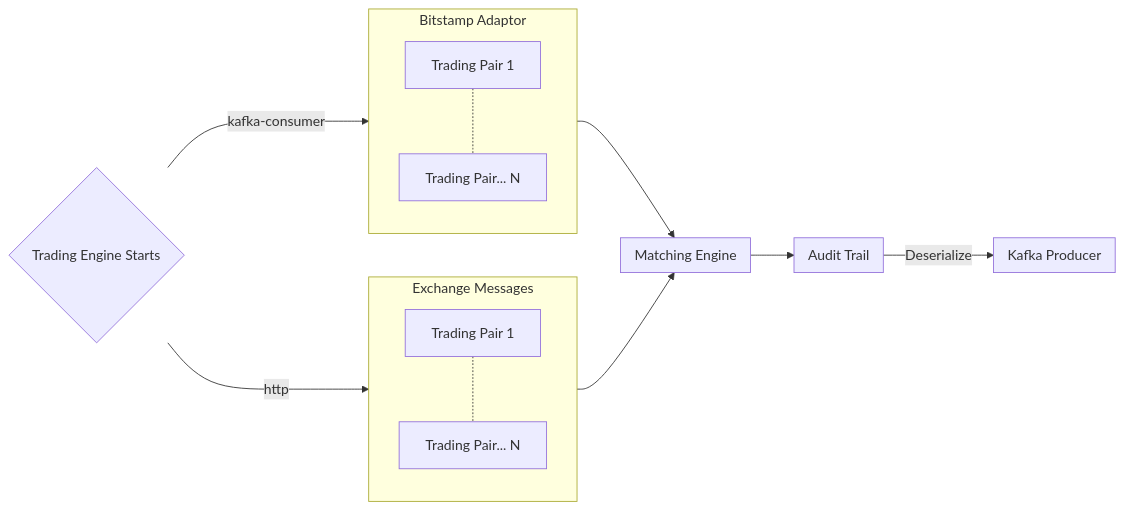
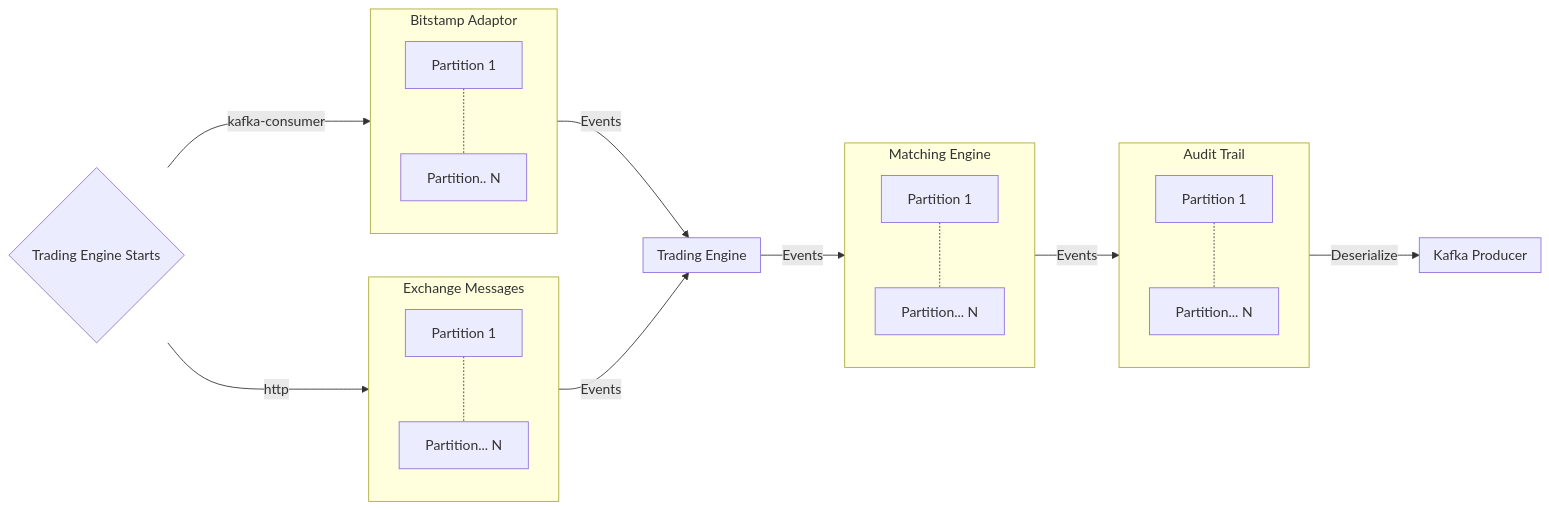
Before and after one commit to christopherrons/herron-trading-engine: the diagram in docs/data-flow.md, drawn with Mermaid. The commit also changed 3 other files, not shown here.

````diff
--- a/docs/data-flow.md
+++ b/docs/data-flow.md
@@ -11,26 +11,32 @@
 ```mermaid
 flowchart LR;
     TES{Trading Engine Starts} ---> |kafka-consumer| BA
     TES{Trading Engine Starts} ---> |http| EXM
     
     subgraph BA[Bitstamp Adaptor]
-        TP1[Trading Pair 1] -.- TPN[Trading Pair... N]
+        BSP1[Partition 1] -.- BSPN[Partition.. N]
     end
     
    subgraph EXM[Exchange Messages]
-        TP3[Trading Pair 1] -.- TP5[Trading Pair... N]
+        EXP1[Partition 1] -.- EXP1N[Partition... N]
     end
     
-    BA --> MAE
-    EXM --> MAE
-    subgraph MAE[Matching Engine]
+    BA --> |Events| TAE
+    EXM --> |Events|TAE
+    subgraph TAE[Trading Engine]
     end
     
-    MAE --> AUT
+    TAE --> |Events| MAE
+    subgraph MAE[Matching Engine]
+       MAEP1[Partition 1] -.- MAEPN[Partition... N]
+    end
+    
+    MAE --> |Events| AUT
     subgraph AUT[Audit Trail]
+        AUTP1[Partition 1] -.- AUTPN[Partition... N]
     end
     
     AUT --> |Deserialize| KP
     subgraph KP[Kafka Producer]
     end
 ```
````
